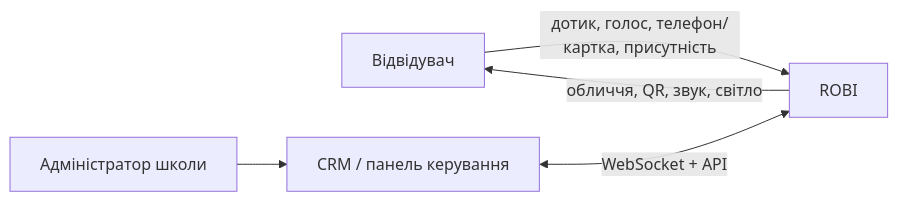
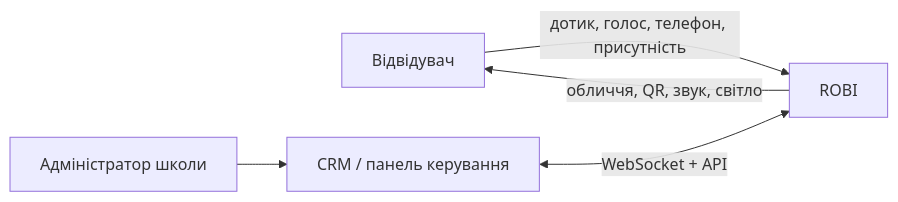
Before and after one commit to itroboticsmanager-rgb/itr-robi: the first of 2 diagrams in docs/architecture.md, drawn with Mermaid. The commit also changed other lines of this file and 2 other files, not shown here.

Commit message:
Доправити згадки карток у діаграмі, режимі nfc і карті інтерфейсів
Пропущено в попередньому коміті: контекстна діаграма й таблиця режимів
досі казали "телефон/картка", NFC-зона в enclosure описувалась як
touch-zone для картки, а карта інтерфейсів згадувала reader і пасивну
мітку замість динамічної.

Згадки картки в crm-integration.md стосуються банківської картки в
платіжному сценарії й лишаються без змін.

````diff
--- a/docs/architecture.md
+++ b/docs/architecture.md
@@ -11,7 +11,7 @@
 ```mermaid
 flowchart LR
-    Visitor[Відвідувач] -->|дотик, голос, телефон/картка, присутність| Robi[ROBI]
+    Visitor[Відвідувач] -->|дотик, голос, телефон, присутність| Robi[ROBI]
     Staff[Адміністратор школи] --> CRM[CRM / панель керування]
     CRM <-->|WebSocket + API| Robi
     Robi -->|обличчя, QR, звук, світло| Visitor
 ```
````
